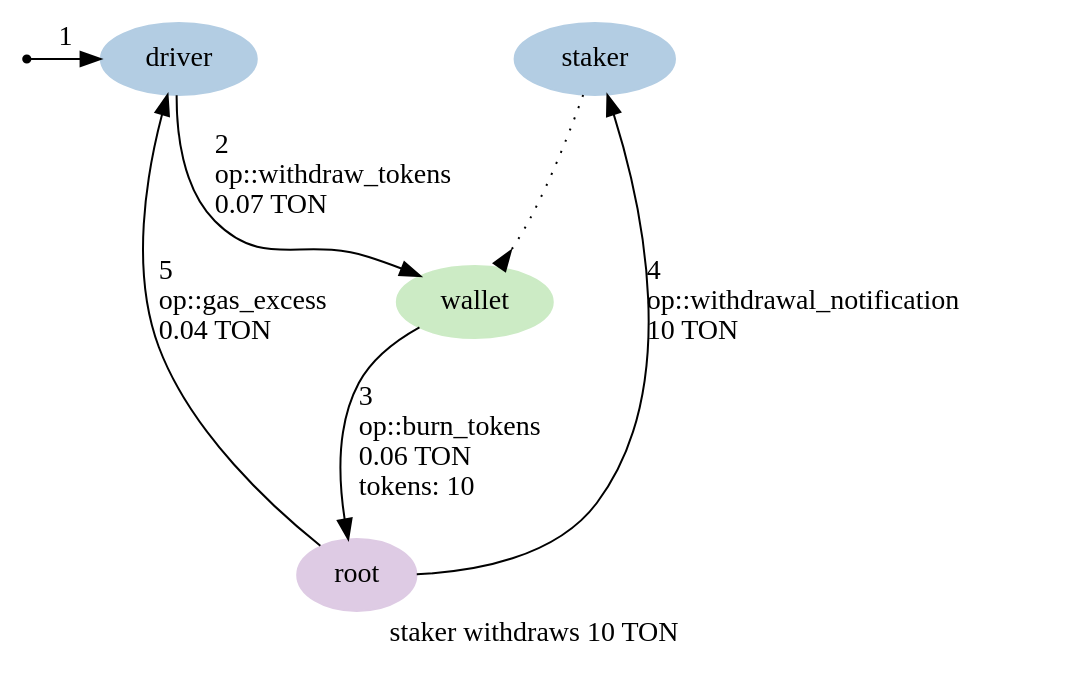
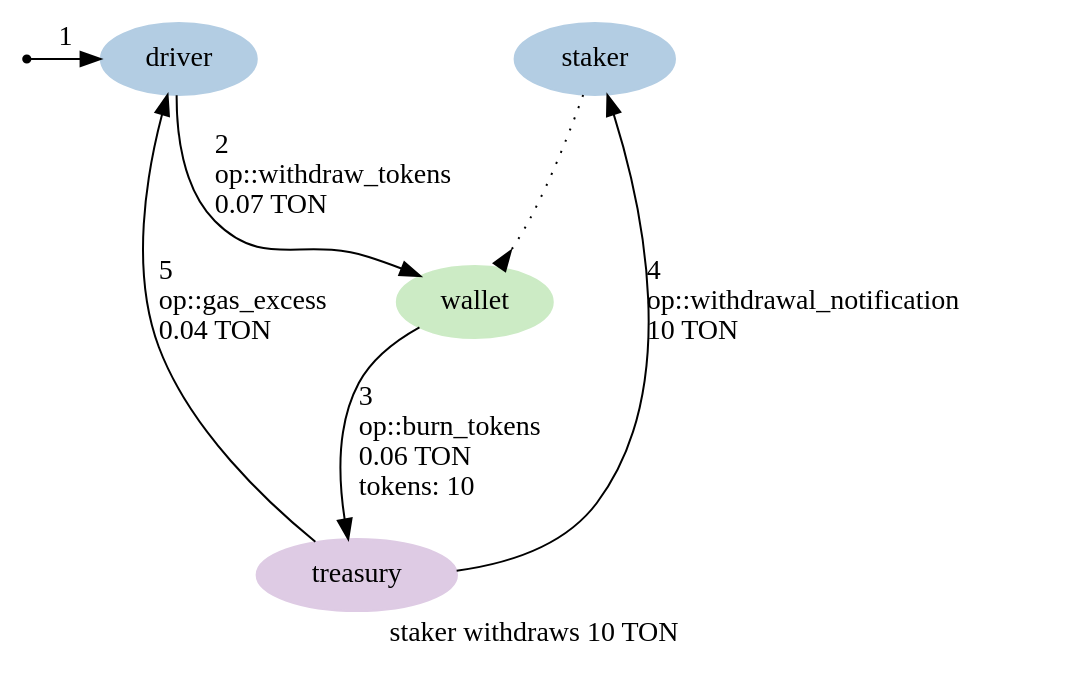
One commit to HipoFinance/contract changed the diagram in graphs/05.2-withdraw-tokens.dot. Above: the diagram before and after it, drawn with Graphviz. The commit also changed 23 other files, not shown here.

Commit message:
Rename root to treasury

```diff
--- a/graphs/05.2-withdraw-tokens.dot
+++ b/graphs/05.2-withdraw-tokens.dot
@@ -1,22 +1,22 @@
 digraph {
     label="staker withdraws 10 TON"
     node [ colorscheme=pastel19 style=filled ]
 
     /* Entities */
     external [ shape=point ]
     staker, driver [ color=2 ]
-    root [ color=4 ]
+    treasury [ color=4 ]
     wallet [ color=3 ]
 
     /* Relationships */
     staker -> wallet [ arrowhead=inv style=dotted ]
     external -> driver [ label="1" ]
     driver -> wallet [ label="2\l op::withdraw_tokens\l 0.07 TON\l" ]
-    wallet -> root [ label="3\l op::burn_tokens\l 0.06 TON\l tokens: 10\l" ]
-    root -> staker [ label="4\l op::withdrawal_notification\l 10 TON\l" ]
-    root -> driver [ label="5\l op::gas_excess\l 0.04 TON\l" ]
+    wallet -> treasury [ label="3\l op::burn_tokens\l 0.06 TON\l tokens: 10\l" ]
+    treasury -> staker [ label="4\l op::withdrawal_notification\l 10 TON\l" ]
+    treasury -> driver [ label="5\l op::gas_excess\l 0.04 TON\l" ]
 
     /* Ranks */
     { rank=min external staker driver }
-    { rank=max root }
+    { rank=max treasury }
 }
```
